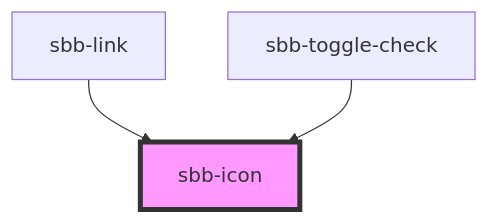
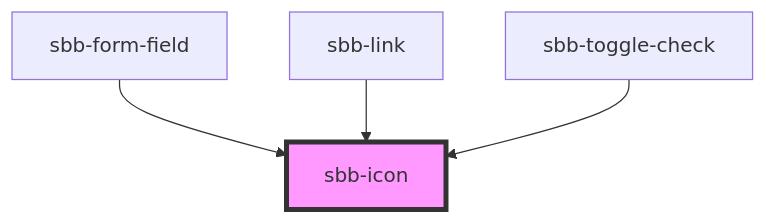
The diagram in src/components/sbb-icon/readme.md (sbb-design-systems/lyne-components), drawn with Mermaid before and after one commit. The commit also changed other lines of this file and 4 other files, not shown here.

````diff
--- a/src/components/sbb-icon/readme.md
+++ b/src/components/sbb-icon/readme.md
@@ -103,6 +104,7 @@
 ```mermaid
 graph TD;
+  sbb-form-field --> sbb-icon
   sbb-link --> sbb-icon
   sbb-toggle-check --> sbb-icon
   style sbb-icon fill:#f9f,stroke:#333,stroke-width:4px
 ```
````
